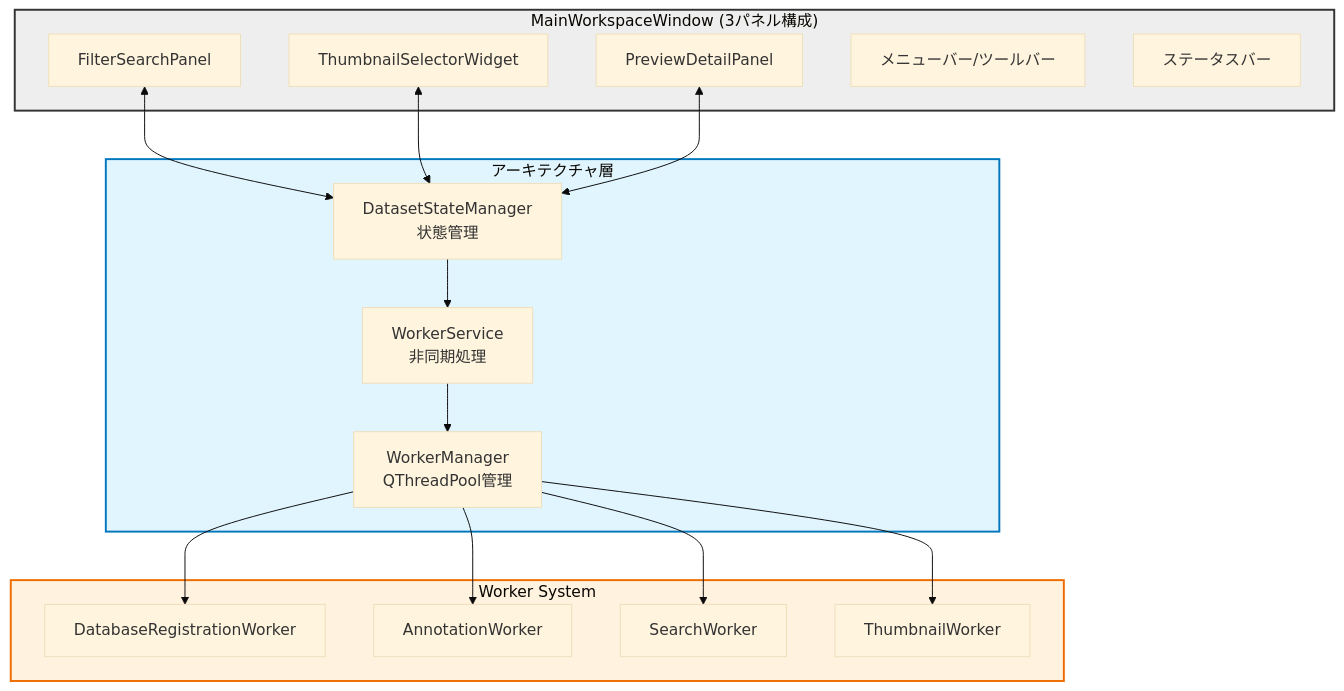
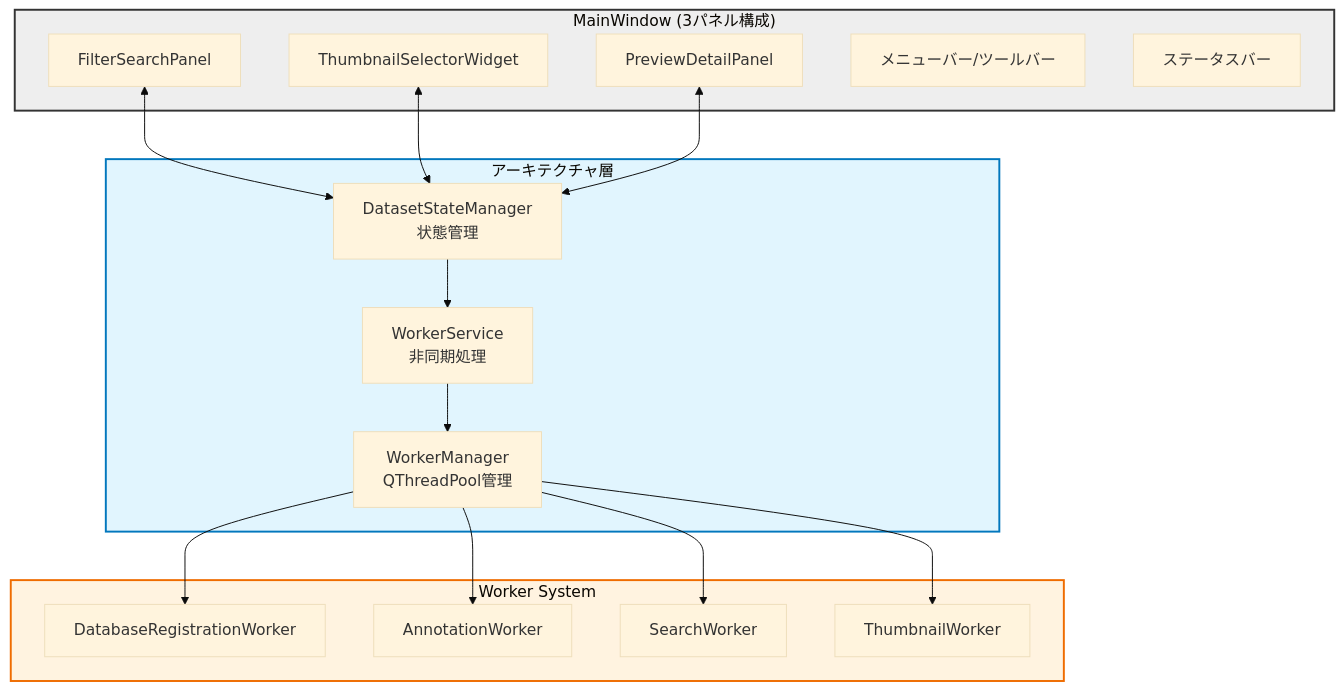
The first of 2 diagrams in docs/specs/interfaces/gui_interface.md (NEXTAltair/LoRAIro), drawn with Mermaid (base theme) before and after one commit. The commit also changed other lines of this file and 11 other files, not shown here.

First line of the commit message:
docs: complete Phase 3 documentation cleanup and architecture analysis

````diff
--- a/docs/specs/interfaces/gui_interface.md
+++ b/docs/specs/interfaces/gui_interface.md
@@ -11,37 +11,37 @@
 ```mermaid
 graph TD
-    subgraph MainWorkspaceWindow ["MainWorkspaceWindow (3パネル構成)"]
+    subgraph MainWindow ["MainWindow (3パネル構成)"]
         A[FilterSearchPanel];
         B[ThumbnailSelectorWidget];
         C[PreviewDetailPanel];
         D[メニューバー/ツールバー];
         E[ステータスバー];
     end
 
     subgraph Architecture ["アーキテクチャ層"]
         DS[DatasetStateManager<br/>状態管理];
         WS[WorkerService<br/>非同期処理];
         WM[WorkerManager<br/>QThreadPool管理];
     end
 
     subgraph Workers ["Worker System"]
         W1[DatabaseRegistrationWorker];
         W2[AnnotationWorker];
         W3[SearchWorker];
         W4[ThumbnailWorker];
     end
 
     A <--> DS;
     B <--> DS;
     C <--> DS;
     DS --> WS;
     WS --> WM;
     WM --> W1;
     WM --> W2;
     WM --> W3;
     WM --> W4;
 
-    style MainWorkspaceWindow fill:#eee,stroke:#333,stroke-width:2px
+    style MainWindow fill:#eee,stroke:#333,stroke-width:2px
     style Architecture fill:#e1f5fe,stroke:#0277bd,stroke-width:2px
     style Workers fill:#fff3e0,stroke:#ef6c00,stroke-width:2px
 ```
````
